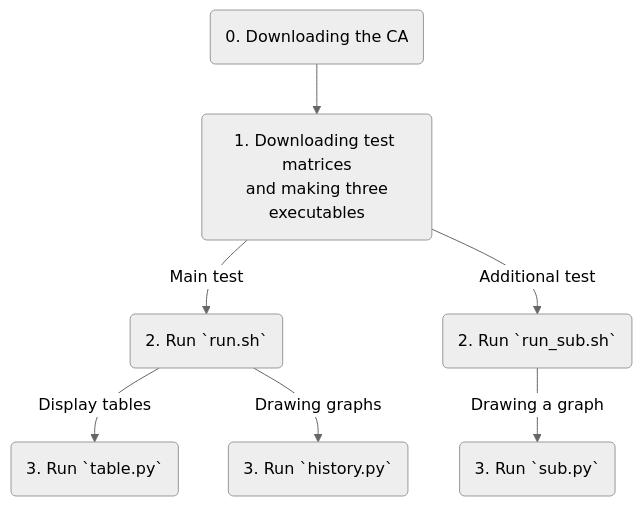
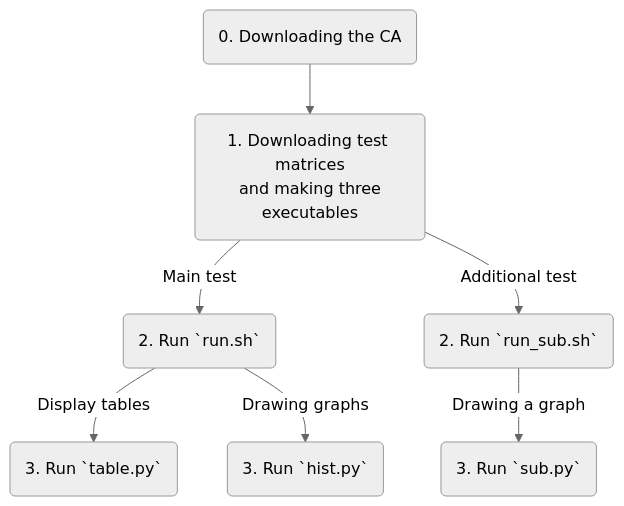
Before and after one commit to suzuki-hpc/SC23-AD: the diagram in README.md, drawn with Mermaid (neutral theme).

````diff
--- a/README.md
+++ b/README.md
@@ -33,9 +33,9 @@
 ```mermaid
 flowchart
 	A(0. Downloading the CA) --> B(1. Downloading test matrices\n and making three executables);
 	B -- Main test --> C(2. Run `run.sh`);
 	B -- Additional test --> D(2. Run `run_sub.sh`);
 	C -- Display tables --> E(3. Run `table.py`);
-	C -- Drawing graphs --> F(3. Run `history.py`);
+	C -- Drawing graphs --> F(3. Run `hist.py`);
 	D -- Drawing a graph --> G(3. Run `sub.py`);
 ```
````
